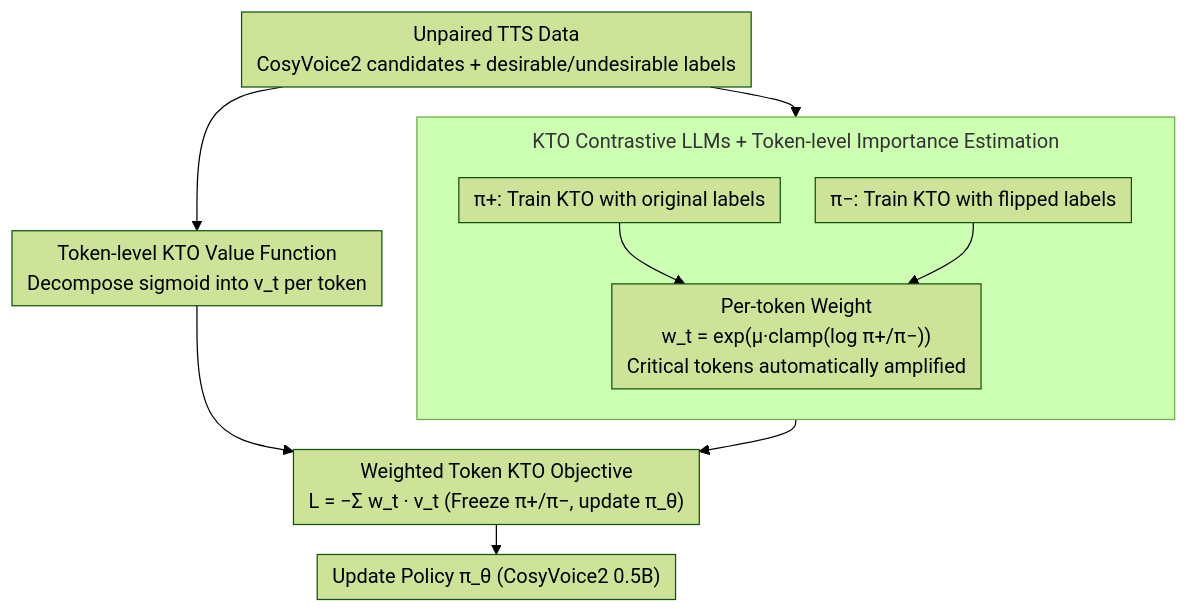
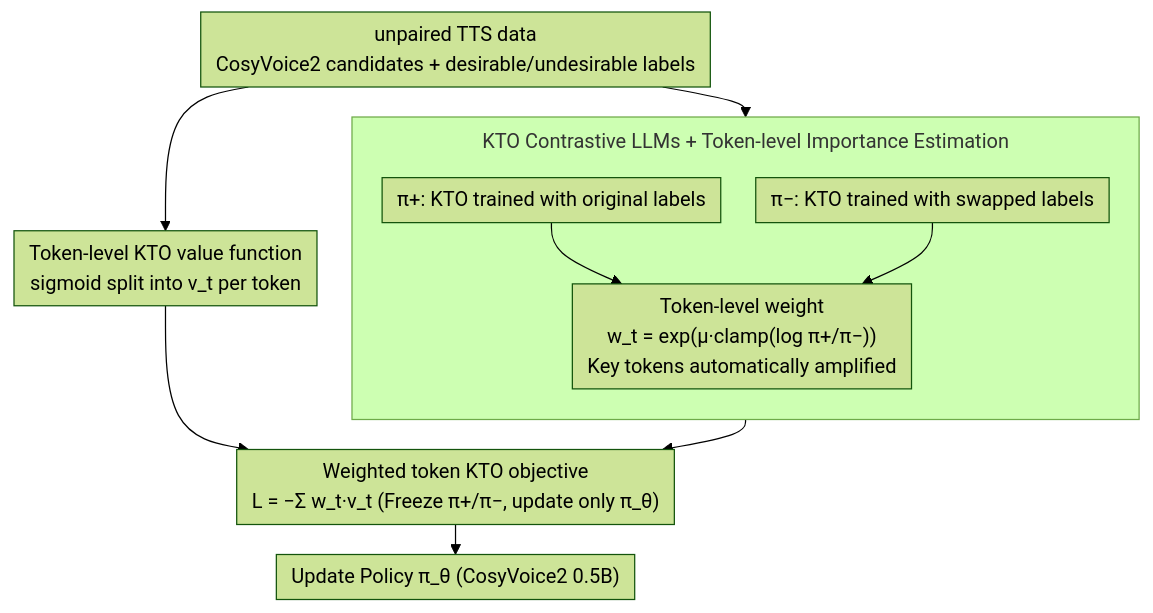
One commit to zhaoyang97/Paper-Notes-en changed the diagram in docs/ACL2026/audio_speech/data-efficient_targeted_token-level_preference_optimization_for_llm-based_text-t.md. Above: the diagram before and after it, drawn with Mermaid (forest theme). The commit also changed other lines of this file and 5084 other files, not shown here.

````diff
--- a/docs/ACL2026/audio_speech/data-efficient_targeted_token-level_preference_optimization_for_llm-based_text-t.md
+++ b/docs/ACL2026/audio_speech/data-efficient_targeted_token-level_preference_optimization_for_llm-based_text-t.md
@@ -43,18 +43,18 @@
 ```mermaid
 %%{init: {'flowchart': {'rankSpacing': 24, 'nodeSpacing': 28, 'padding': 6, 'wrappingWidth': 400, 'subGraphTitleMargin': {'top': 8, 'bottom': 16}}}}%%
 flowchart TD
-    IN["Unpaired TTS Data<br/>CosyVoice2 candidates + desirable/undesirable labels"]
+    IN["unpaired TTS data<br/>CosyVoice2 candidates + desirable/undesirable labels"]
     subgraph W["KTO Contrastive LLMs + Token-level Importance Estimation"]
         direction TB
-        P1["π+: Train KTO with original labels"]
-        P2["π−: Train KTO with flipped labels"]
-        WT["Per-token Weight<br/>w_t = exp(μ·clamp(log π+/π−))<br/>Critical tokens automatically amplified"]
+        P1["π+: KTO trained with original labels"]
+        P2["π−: KTO trained with swapped labels"]
+        WT["Token-level weight<br/>w_t = exp(μ·clamp(log π+/π−))<br/>Key tokens automatically amplified"]
         P1 --> WT
         P2 --> WT
     end
     IN --> W
-    IN --> V["Token-level KTO Value Function<br/>Decompose sigmoid into v_t per token"]
-    W --> L["Weighted Token KTO Objective<br/>L = −Σ w_t · v_t (Freeze π+/π−, update π_θ)"]
+    IN --> V["Token-level KTO value function<br/>sigmoid split into v_t per token"]
+    W --> L["Weighted token KTO objective<br/>L = −Σ w_t·v_t (Freeze π+/π−, update only π_θ)"]
     V --> L
     L --> OUT["Update Policy π_θ (CosyVoice2 0.5B)"]
 ```
````
